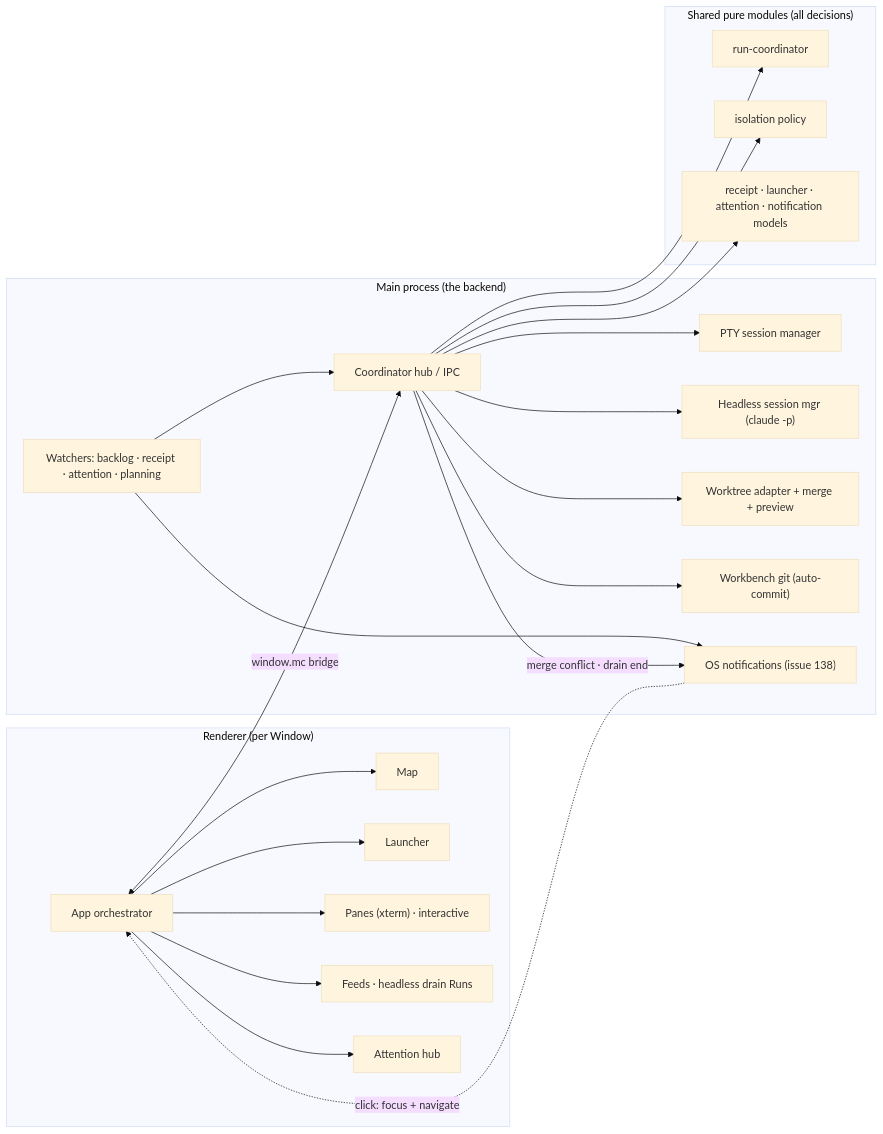
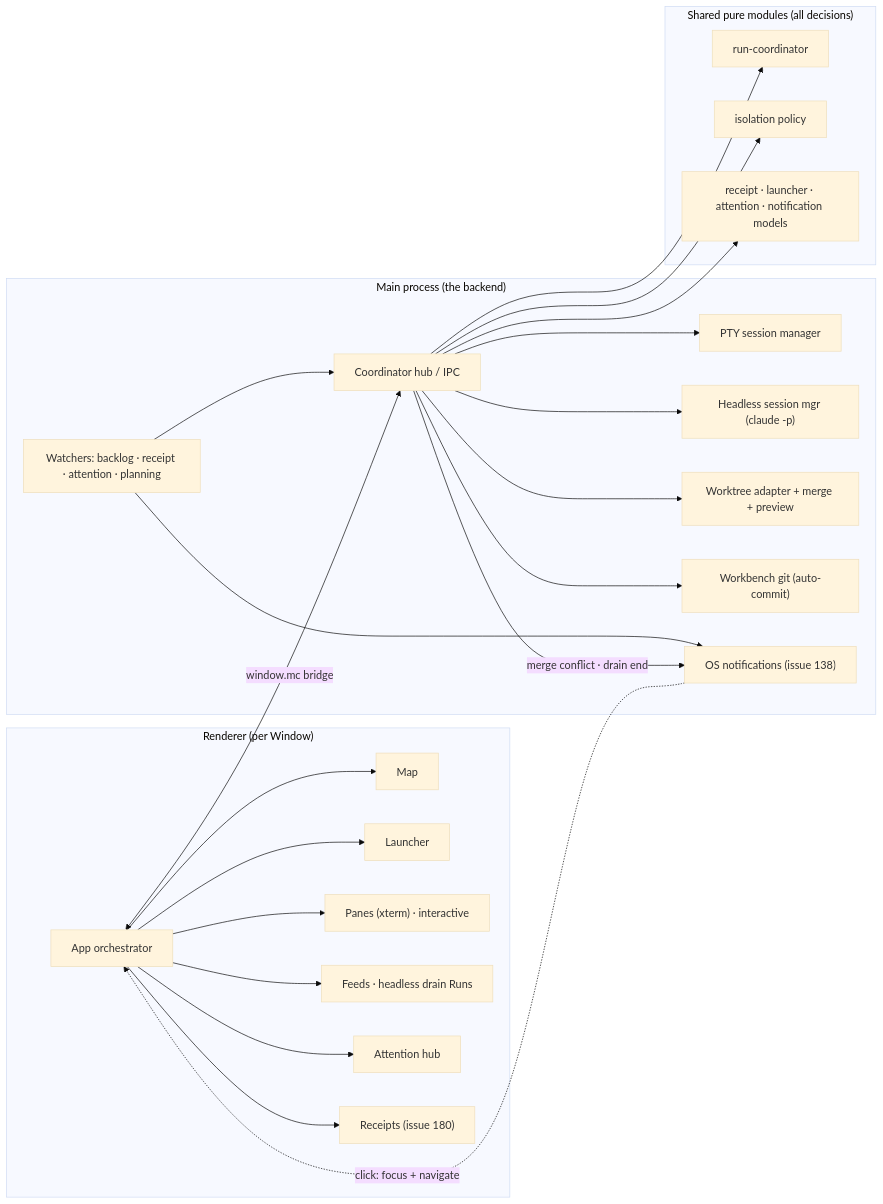
Before and after one commit to diegodjty/mission-control: the first of 4 diagrams in docs/ARCHITECTURE.md, drawn with Mermaid (base theme). The commit also changed 9 other files, not shown here.

Commit message:
afk: complete issue 180 — receipts-tab

````diff
--- a/docs/ARCHITECTURE.md
+++ b/docs/ARCHITECTURE.md
@@ -14,30 +14,31 @@
 ```mermaid
 flowchart LR
   subgraph R["Renderer (per Window)"]
     APP["App orchestrator"] --> MAP["Map"]
     APP --> LCH["Launcher"]
     APP --> PANE["Panes (xterm) · interactive"]
     APP --> FEED["Feeds · headless drain Runs"]
     APP --> ATT["Attention hub"]
+    APP --> RCP["Receipts (issue 180)"]
   end
   subgraph M["Main process (the backend)"]
     HUB["Coordinator hub / IPC"]
     PTY["PTY session manager"]
     HEADLESS["Headless session mgr (claude -p)"]
     WATCH["Watchers: backlog · receipt · attention · planning"]
     GITA["Worktree adapter + merge + preview"]
     WB["Workbench git (auto-commit)"]
     NOTIFY["OS notifications (issue 138)"]
   end
   subgraph S["Shared pure modules (all decisions)"]
     COORD["run-coordinator"]
     ISO["isolation policy"]
     MODELS["receipt · launcher · attention · notification models"]
   end
   APP <-->|"window.mc bridge"| HUB
   HUB --> PTY & HEADLESS & GITA & WB
   WATCH --> HUB & NOTIFY
   HUB --> COORD & ISO & MODELS
   HUB -->|"merge conflict · drain end"| NOTIFY
   NOTIFY -.->|"click: focus + navigate"| APP
 ```
````
